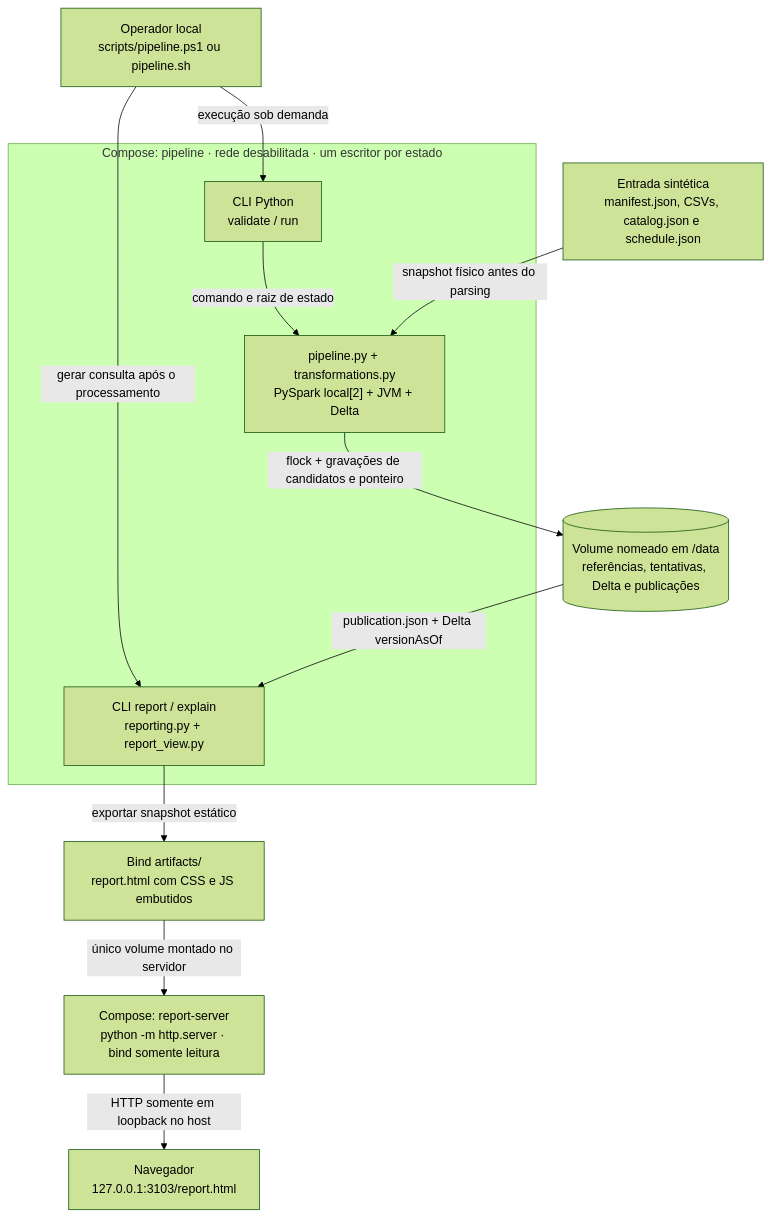
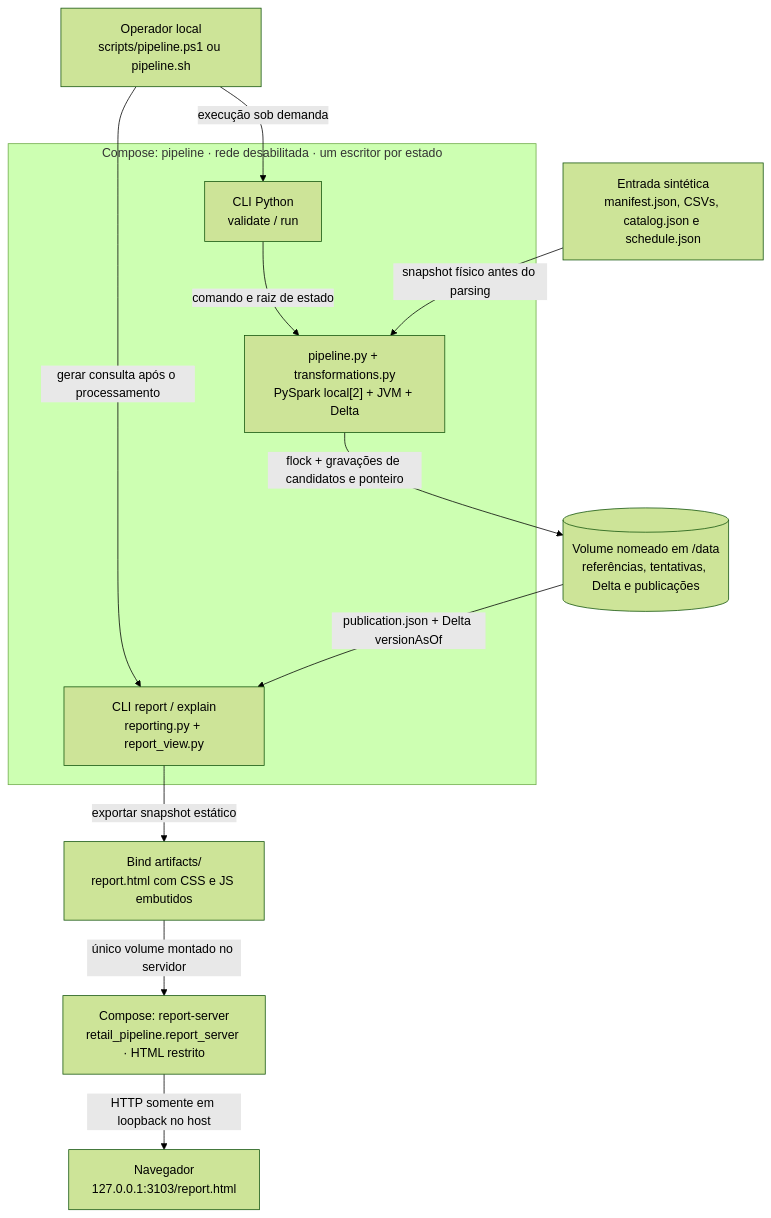
Before and after one commit to arthurjoanes/varejo-data-pipeline: the first of 2 diagrams in docs/architecture.md, drawn with Mermaid (forest theme). The commit also changed other lines of this file and 34 other files, not shown here.

````diff
--- a/docs/architecture.md
+++ b/docs/architecture.md
@@ -9,24 +9,24 @@
 ```mermaid
 flowchart TB
   Operator["Operador local<br/>scripts/pipeline.ps1 ou pipeline.sh"]
   Input["Entrada sintética<br/>manifest.json, CSVs, catalog.json e schedule.json"]
   subgraph Batch["Compose: pipeline · rede desabilitada · um escritor por estado"]
     CLI["CLI Python<br/>validate / run"]
     Engine["pipeline.py + transformations.py<br/>PySpark local[2] + JVM + Delta"]
     Read["CLI report / explain<br/>reporting.py + report_view.py"]
     CLI -->|"comando e raiz de estado"| Engine
   end
   State[("Volume nomeado em /data<br/>referências, tentativas, Delta e publicações")]
   Export["Bind artifacts/<br/>report.html com CSS e JS embutidos"]
-  Server["Compose: report-server<br/>python -m http.server · bind somente leitura"]
+  Server["Compose: report-server<br/>retail_pipeline.report_server · HTML restrito"]
   Browser["Navegador<br/>127.0.0.1:3103/report.html"]
 
   Operator -->|"execução sob demanda"| CLI
   Operator -->|"gerar consulta após o processamento"| Read
   Input -->|"snapshot físico antes do parsing"| Engine
   Engine -->|"flock + gravações de candidatos e ponteiro"| State
   State -->|"publication.json + Delta versionAsOf"| Read
   Read -->|"exportar snapshot estático"| Export
   Export -->|"único volume montado no servidor"| Server
   Server -->|"HTTP somente em loopback no host"| Browser
 ```
````
